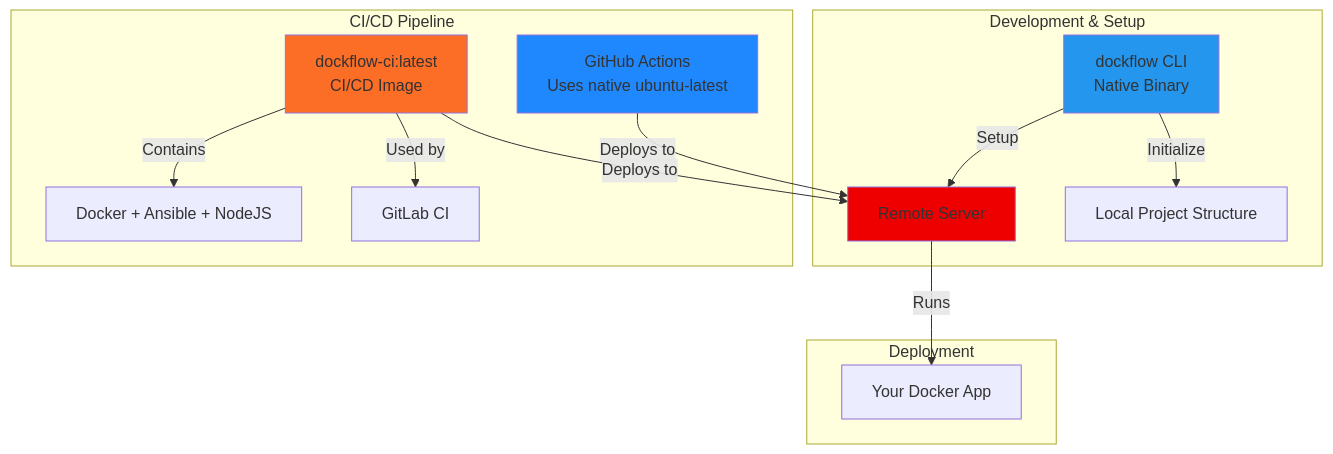
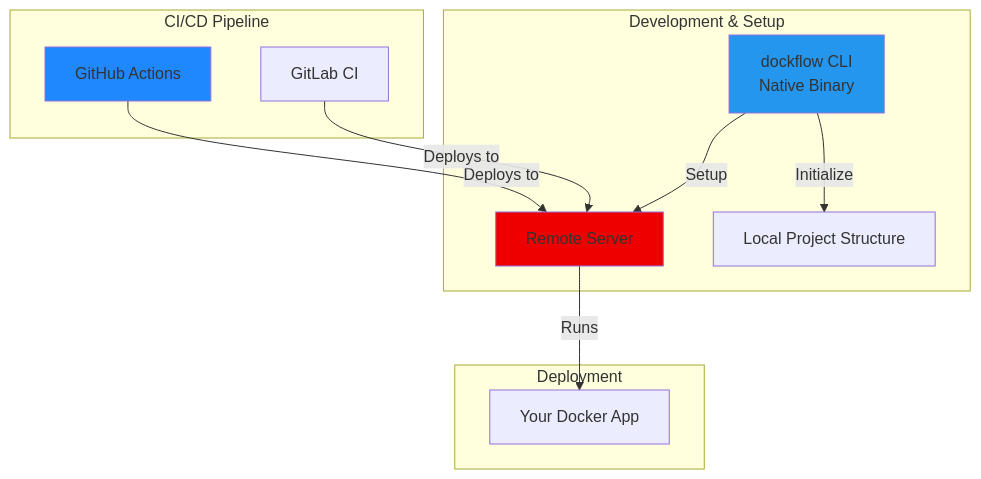
One commit to Shawiizz/dockflow changed the diagram in CONTRIBUTE.md. Above: the diagram before and after it, drawn with Mermaid. The commit also changed other lines of this file and 3 other files, not shown here.

Commit message:
chore: remove old references to dockflow-ci image

````diff
--- a/CONTRIBUTE.md
+++ b/CONTRIBUTE.md
@@ -9,26 +9,23 @@
 ```mermaid
 graph TB
     subgraph "Development & Setup"
         CLI[dockflow CLI<br/>Native Binary]
         CLI -->|Setup| Remote[Remote Server]
         CLI -->|Initialize| Local[Local Project Structure]
     end
     
     subgraph "CI/CD Pipeline"
-        CI[dockflow-ci:latest<br/>CI/CD Image]
-        CI -->|Contains| Tools[Docker + Ansible + NodeJS]
-        CI -->|Used by| GitLab[GitLab CI]
-        GitHub[GitHub Actions<br/>Uses native ubuntu-latest]
+        GitHub[GitHub Actions]
+        GitLab[GitLab CI]
     end
     
     subgraph "Deployment"
-        CI -->|Deploys to| Remote
         GitHub -->|Deploys to| Remote
+        GitLab -->|Deploys to| Remote
         Remote -->|Runs| App[Your Docker App]
     end
     
     style CLI fill:#2496ED
-    style CI fill:#FC6D26
     style GitHub fill:#2088FF
     style Remote fill:#EE0000
 ```
````
